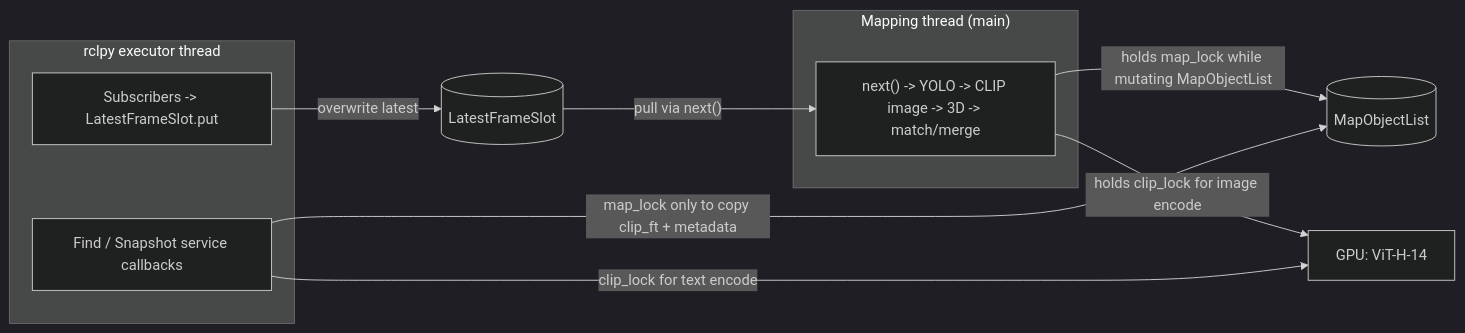
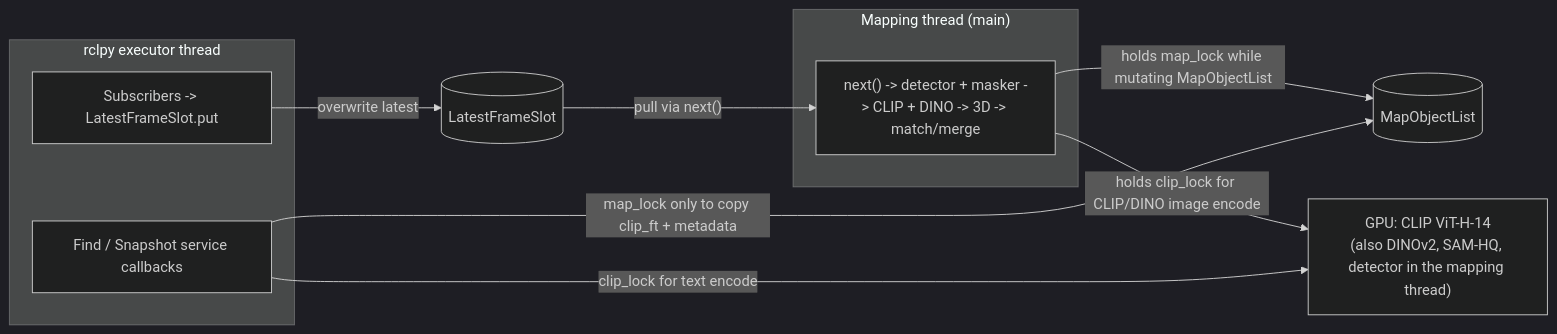
Before and after one commit to ZijieLi1/CLIP_based_online_scene_graph: the second of 2 diagrams in docs/dataflow.md, drawn with Mermaid (dark theme). The commit also changed other lines of this file and 5 other files, not shown here.

````diff
--- a/docs/dataflow.md
+++ b/docs/dataflow.md
@@ -103,16 +108,16 @@
 ```mermaid
 flowchart LR
     subgraph ROSEXEC["rclpy executor thread"]
         SUBS["Subscribers -> LatestFrameSlot.put"]
         SRV["Find / Snapshot service callbacks"]
     end
     subgraph MAPT["Mapping thread (main)"]
-        LOOP["next() -> YOLO -> CLIP image -> 3D -> match/merge"]
+        LOOP["next() -> detector + masker -> CLIP + DINO -> 3D -> match/merge"]
     end
     SUBS -->|"overwrite latest"| SLOT[(LatestFrameSlot)]
     SLOT -->|"pull via next()"| LOOP
     LOOP -->|"holds map_lock while mutating MapObjectList"| MAP[(MapObjectList)]
-    LOOP -->|"holds clip_lock for image encode"| GPU["GPU: ViT-H-14"]
+    LOOP -->|"holds clip_lock for CLIP/DINO image encode"| GPU["GPU: CLIP ViT-H-14<br/>(also DINOv2, SAM-HQ, detector in the mapping thread)"]
     SRV -->|"clip_lock for text encode"| GPU
     SRV -->|"map_lock only to copy clip_ft + metadata"| MAP
 ```
````
